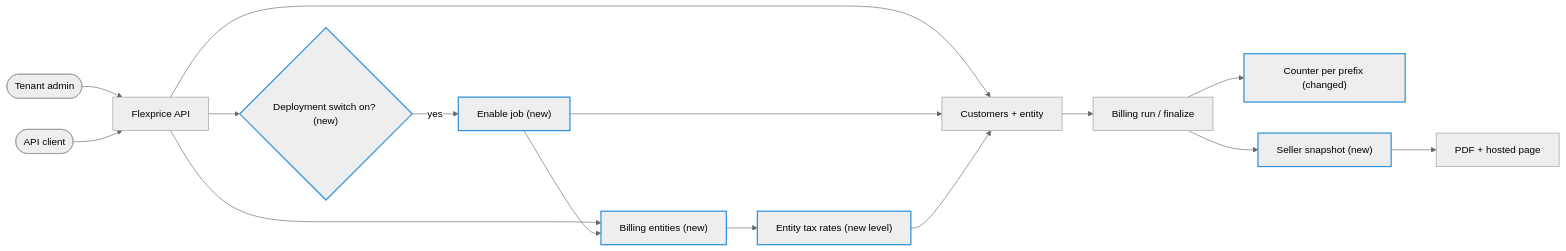
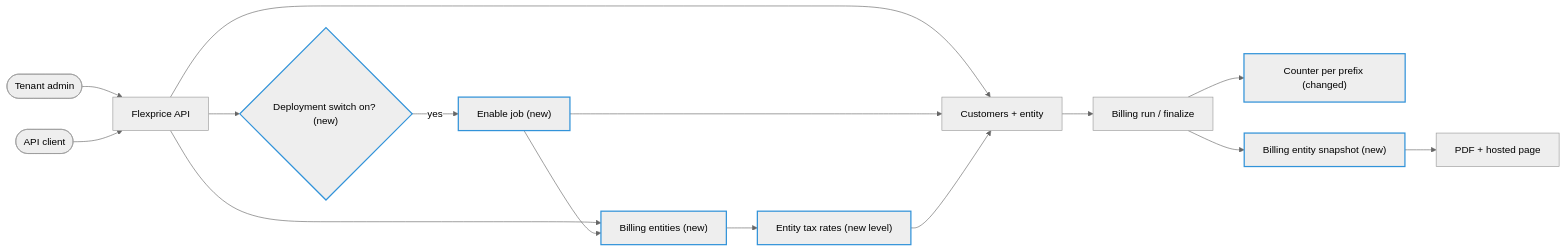
Before and after one commit to flexprice/flexprice: the first of 6 diagrams in docs/design/2026-10-27-billing-entities-p1-erd.md, drawn with Mermaid (neutral theme). The commit also changed other lines of this file and 39 other files, not shown here.

First line of the commit message:
refactor(billing-entities): billing_details and billing_entity snapshot; drop legal_name

````diff
--- a/docs/design/2026-10-27-billing-entities-p1-erd.md
+++ b/docs/design/2026-10-27-billing-entities-p1-erd.md
@@ -192,19 +192,19 @@
 ```mermaid
 flowchart LR
   Admin([Tenant admin]) --> API[Flexprice API]
   Client([API client]) --> API
   API --> Switch{"Deployment switch on? (new)"}
   Switch -- yes --> Enable["Enable job (new)"]
   API --> Entities["Billing entities (new)"]
   API --> Customers[Customers + entity]
   Enable --> Entities
   Enable --> Customers
   Customers --> Billing[Billing run / finalize]
   Billing --> Numbering["Counter per prefix (changed)"]
-  Billing --> Snapshot["Seller snapshot (new)"]
+  Billing --> Snapshot["Billing entity snapshot (new)"]
   Snapshot --> PDF[PDF + hosted page]
   Entities --> Tax["Entity tax rates (new level)"]
   Tax --> Customers
   classDef new stroke:#3293d9,stroke-width:2px
   class Switch,Enable,Entities,Numbering,Snapshot,Tax new
 ```
````
